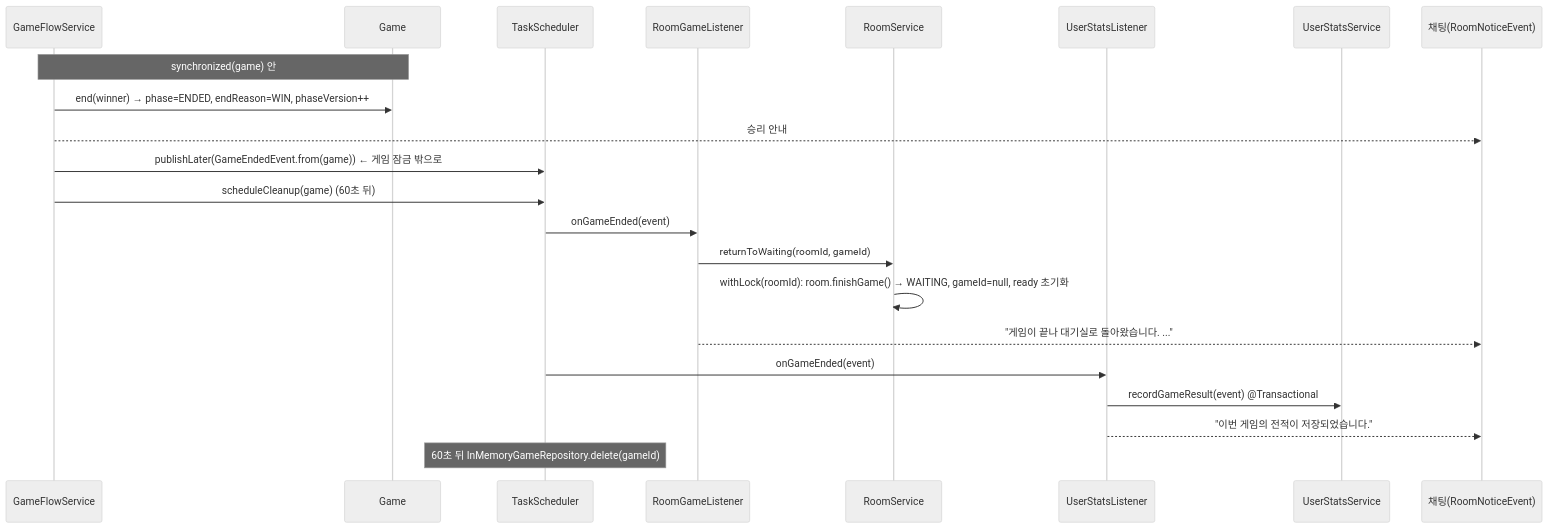
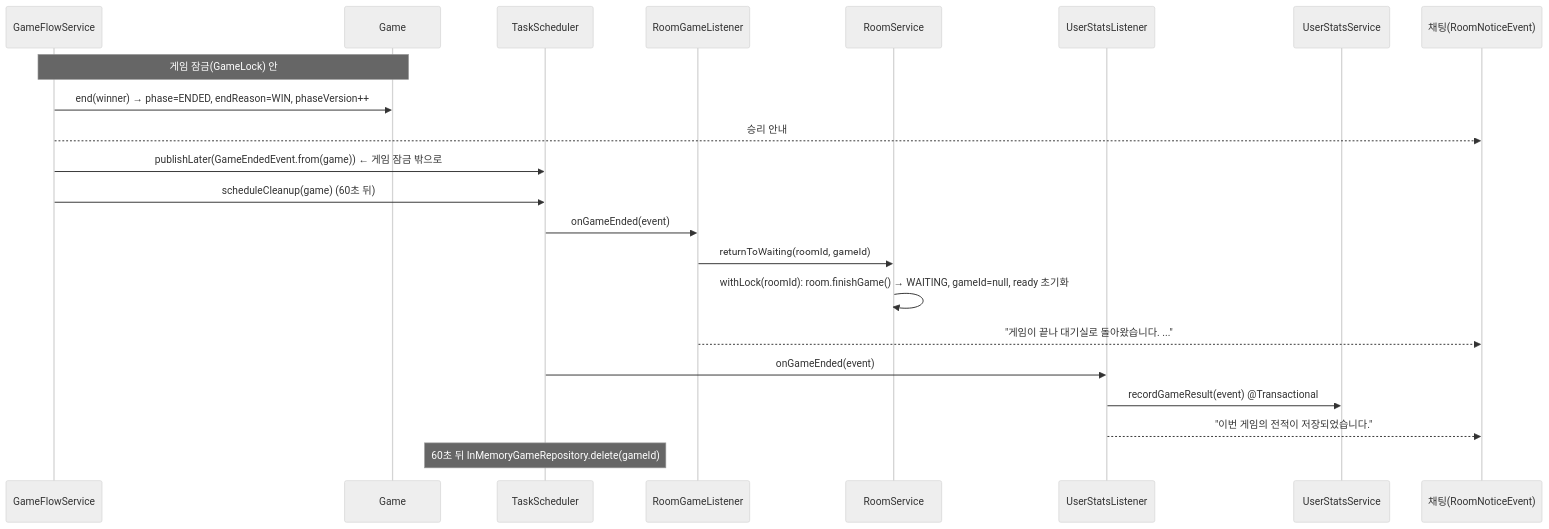
Before and after one commit to IamREALcitizen/project_server: the first of 2 diagrams in Claude outputs/07_게임종료_방복귀.md, drawn with Mermaid (neutral theme). The commit also changed other lines of this file and 11 other files, not shown here.

````diff
--- a/Claude outputs/07_게임종료_방복귀.md
+++ b/Claude outputs/07_게임종료_방복귀.md
@@ -31,27 +31,27 @@
 ```mermaid
 sequenceDiagram
     participant GF as GameFlowService
     participant G as Game
     participant Sch as TaskScheduler
     participant RGL as RoomGameListener
     participant RS as RoomService
     participant USL as UserStatsListener
     participant USS as UserStatsService
     participant Chat as 채팅(RoomNoticeEvent)
 
-    Note over GF,G: synchronized(game) 안
+    Note over GF,G: 게임 잠금(GameLock) 안
     GF->>G: end(winner) → phase=ENDED, endReason=WIN, phaseVersion++
     GF-->>Chat: 승리 안내
     GF->>Sch: publishLater(GameEndedEvent.from(game))  ← 게임 잠금 밖으로
     GF->>Sch: scheduleCleanup(game) (60초 뒤)
 
     Sch->>RGL: onGameEnded(event)
     RGL->>RS: returnToWaiting(roomId, gameId)
     RS->>RS: withLock(roomId): room.finishGame() → WAITING, gameId=null, ready 초기화
     RGL-->>Chat: "게임이 끝나 대기실로 돌아왔습니다. ..."
     Sch->>USL: onGameEnded(event)
     USL->>USS: recordGameResult(event) @Transactional
     USL-->>Chat: "이번 게임의 전적이 저장되었습니다."
 
     Note over Sch: 60초 뒤 InMemoryGameRepository.delete(gameId)
 ```
````
